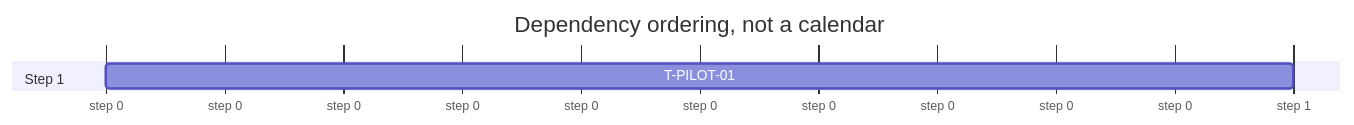
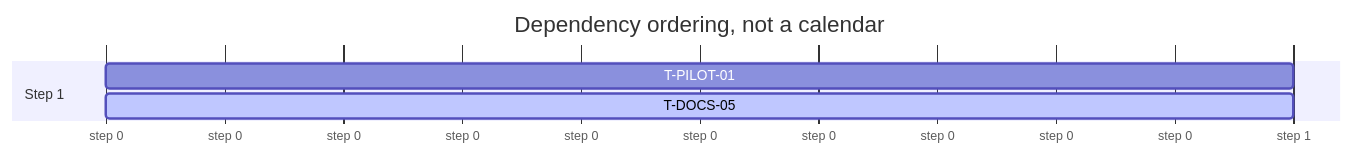
One commit to qomero/prokron changed the diagram in .prokron/compiled/timeline.mmd. Above: the diagram before and after it, drawn with Mermaid. The commit also changed 17 other files, not shown here.

```diff
--- a/.prokron/compiled/timeline.mmd
+++ b/.prokron/compiled/timeline.mmd
@@ -1,9 +1,10 @@
 ---
 displayMode: compact
 ---
 gantt
     title Dependency ordering, not a calendar
     dateFormat X
     axisFormat step %s
     section Step 1
     T-PILOT-01 : 0, 1
+    T-DOCS-05 : active, 0, 1
```
